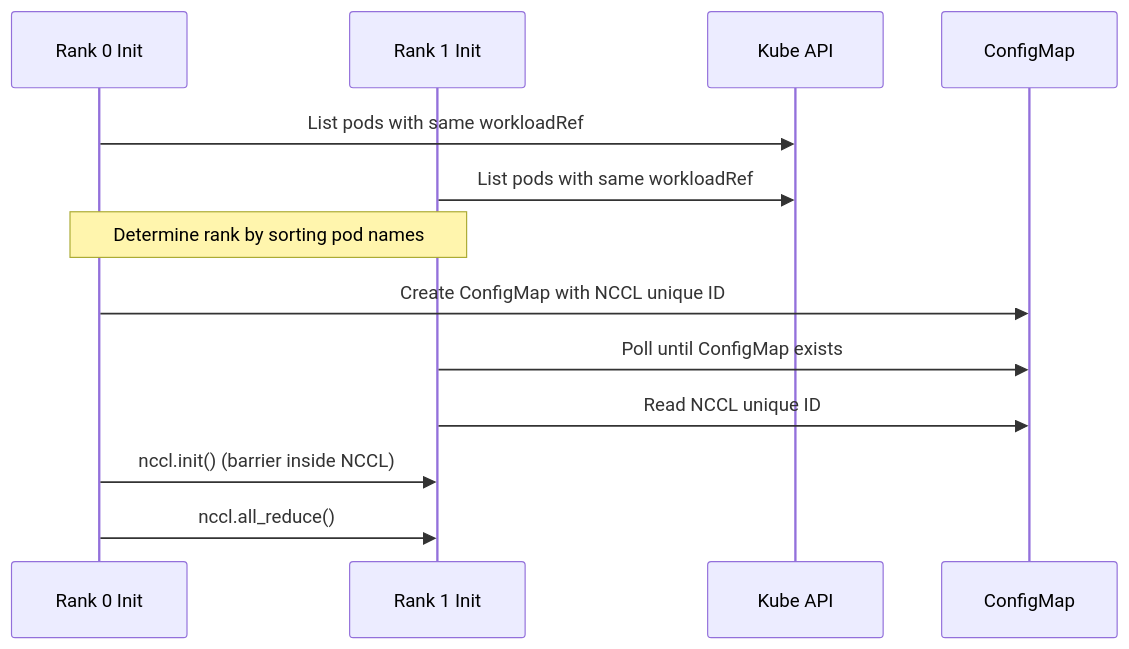
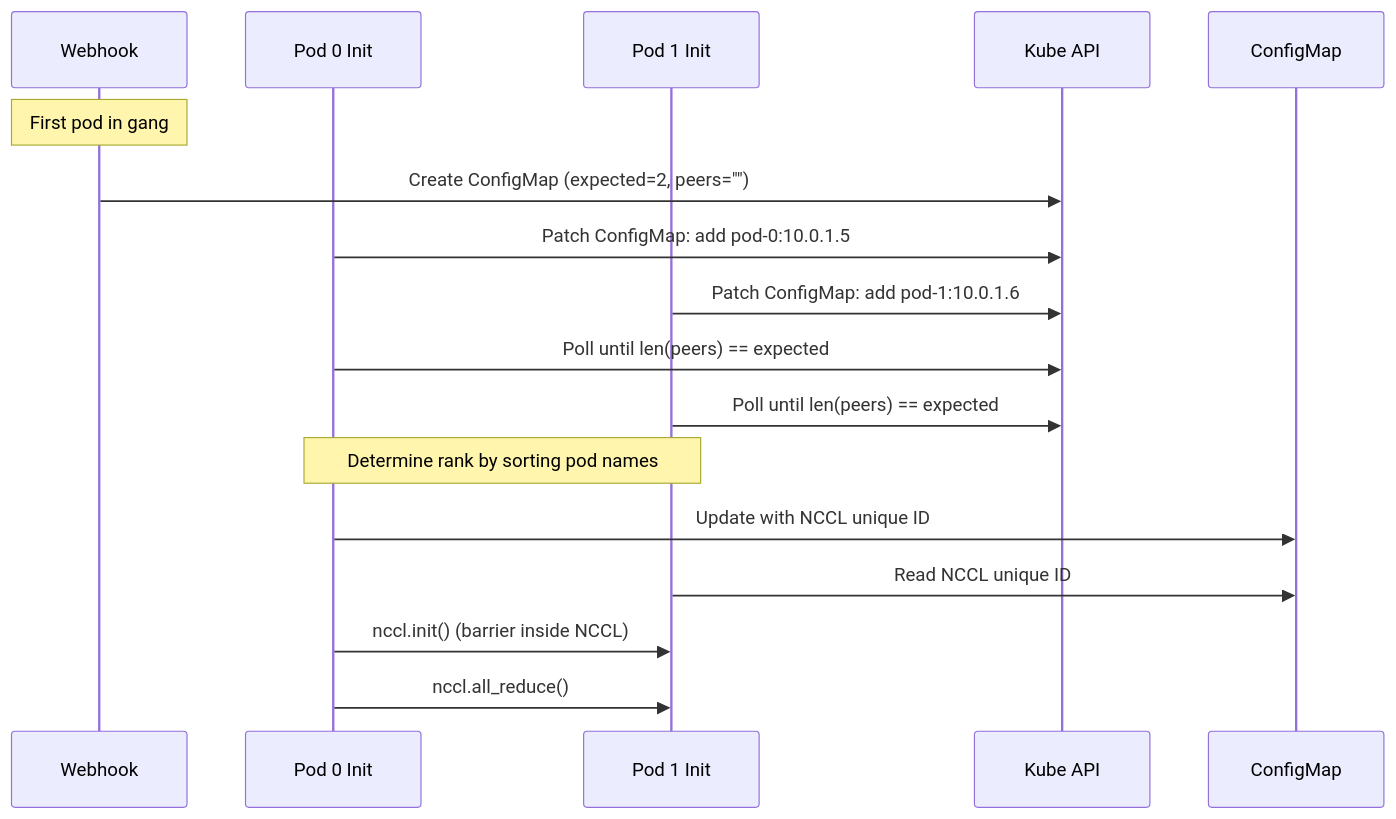
Before and after one commit to XRFXLP/NVSentinel: the second of 2 diagrams in docs/designs/026-preflight-checks.md, drawn with Mermaid. The commit also changed other lines of this file, not shown here.

````diff
--- a/docs/designs/026-preflight-checks.md
+++ b/docs/designs/026-preflight-checks.md
@@ -208,19 +213,25 @@
 ```mermaid
 sequenceDiagram
-    participant R0 as Rank 0 Init
-    participant R1 as Rank 1 Init
+    participant W as Webhook
+    participant P0 as Pod 0 Init
+    participant P1 as Pod 1 Init
     participant API as Kube API
     participant CM as ConfigMap
 
-    R0->>API: List pods with same workloadRef
-    R1->>API: List pods with same workloadRef
+    Note over W: First pod in gang
+    W->>API: Create ConfigMap (expected=2, peers="")
     
-    Note over R0,R1: Determine rank by sorting pod names
+    P0->>API: Patch ConfigMap: add pod-0:10.0.1.5
+    P1->>API: Patch ConfigMap: add pod-1:10.0.1.6
     
-    R0->>CM: Create ConfigMap with NCCL unique ID
-    R1->>CM: Poll until ConfigMap exists
-    R1->>CM: Read NCCL unique ID
+    P0->>API: Poll until len(peers) == expected
+    P1->>API: Poll until len(peers) == expected
     
-    R0->>R1: nccl.init() (barrier inside NCCL)
-    R0->>R1: nccl.all_reduce()
+    Note over P0,P1: Determine rank by sorting pod names
+    
+    P0->>CM: Update with NCCL unique ID
+    P1->>CM: Read NCCL unique ID
+    
+    P0->>P1: nccl.init() (barrier inside NCCL)
+    P0->>P1: nccl.all_reduce()
 ```
````
